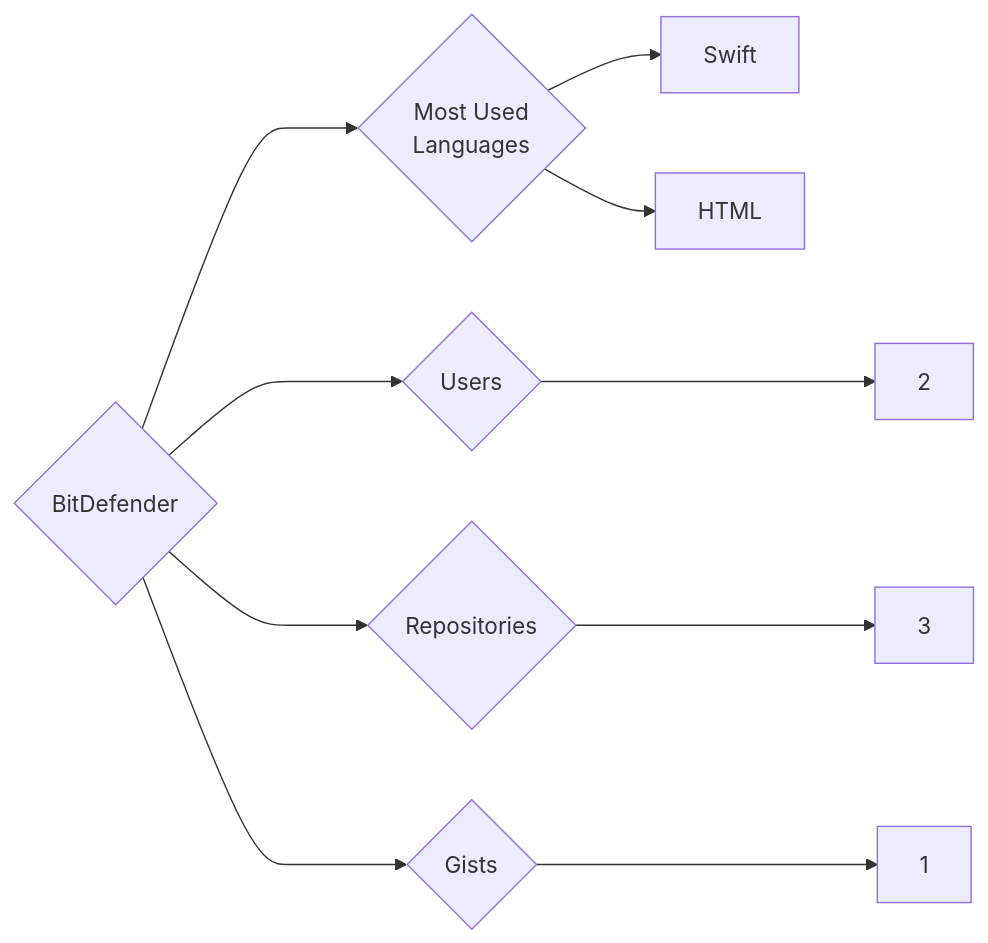
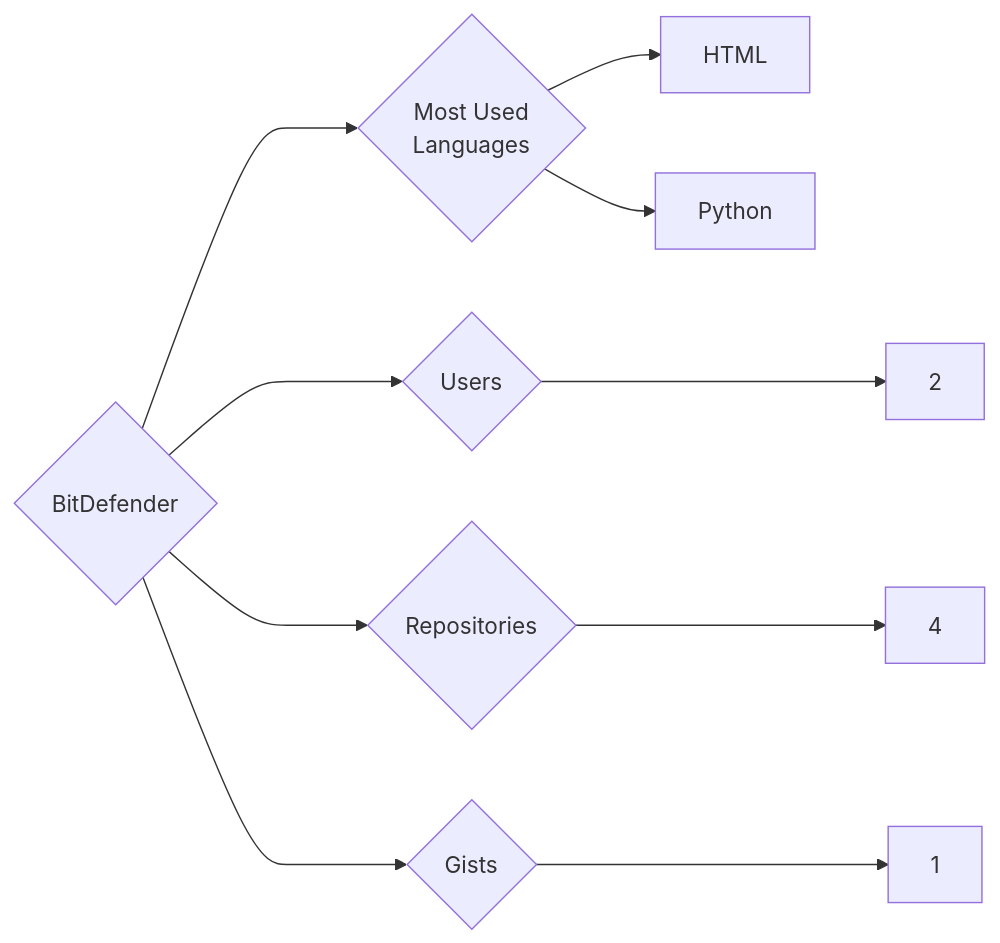
The diagram in targets/BitDefender/README.md (trickest/insiders), drawn with Mermaid before and after one commit. The commit also changed 857 other files, not shown here.

````diff
--- a/targets/BitDefender/README.md
+++ b/targets/BitDefender/README.md
@@ -3,10 +3,10 @@
 ```mermaid
 graph LR
 COMPANY_NAME{BitDefender}
 COMPANY_NAME ---> U{Users} ---> UN[2]
-COMPANY_NAME ---> R{Repositories} ---> RN[3]
+COMPANY_NAME ---> R{Repositories} ---> RN[4]
 COMPANY_NAME ---> G{Gists} ---> GN[1]
 COMPANY_NAME ---> ML{Most Used<br>Languages}
-ML --> Swift[Swift]
 ML --> HTML[HTML]
+ML --> Python[Python]
 ```
````
